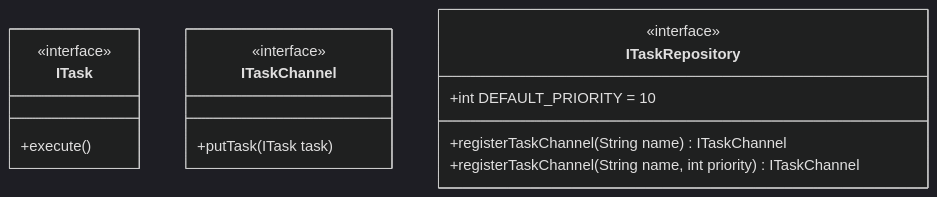
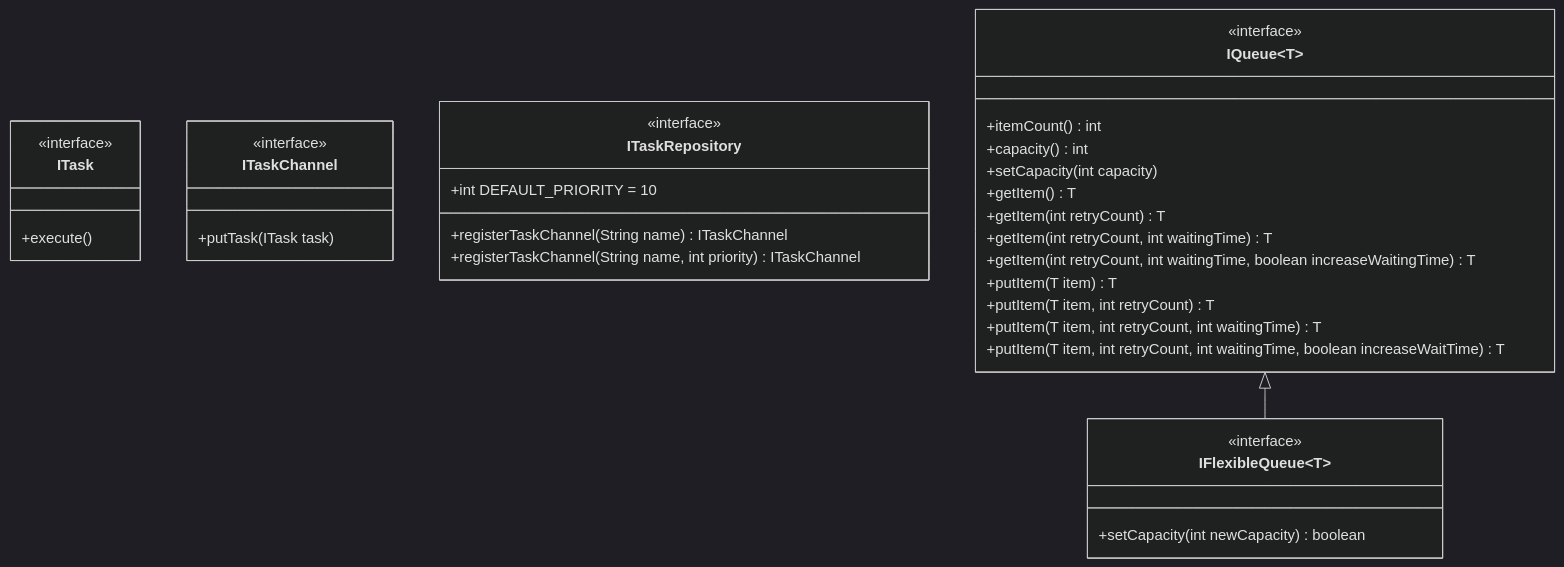
Before and after one commit to Inactionware/uapi.doc: the third of 3 diagrams in design/hd/Thread Pool Based Behavior Execution.md, drawn with Mermaid (dark theme). The commit also changed other lines of this file and 1 other file, not shown here.

Commit message:
Add new requests

````diff
--- a/design/hd/Thread Pool Based Behavior Execution.md
+++ b/design/hd/Thread Pool Based Behavior Execution.md
@@ -143,20 +135,41 @@
 ```mermaid
 classDiagram
 
 class ITask {
 	<<interface>>
 	+execute()
 }
 
 class ITaskChannel {
 	<<interface>>
 	+putTask(ITask task)
 }
 
 class ITaskRepository {
 	<<interface>>
 	+int DEFAULT_PRIORITY = 10
 	+registerTaskChannel(String name) ITaskChannel
 	+registerTaskChannel(String name, int priority) ITaskChannel
 }
+
+class IQueue~T~ {
+	<<interface>>
+	+itemCount() int
+	+capacity() int
+	+setCapacity(int capacity)
+	+getItem() T
+	+getItem(int retryCount) T
+	+getItem(int retryCount, int waitingTime) T
+	+getItem(int retryCount, int waitingTime, boolean increaseWaitingTime) T
+	+putItem(T item) T
+	+putItem(T item, int retryCount) T
+	+putItem(T item, int retryCount, int waitingTime) T
+	+putItem(T item, int retryCount, int waitingTime, boolean increaseWaitTime) T
+}
+
+class IFlexibleQueue~T~ {
+	<<interface>>
+	+setCapacity(int newCapacity) boolean
+}
+IQueue <|-- IFlexibleQueue
 ```
````
